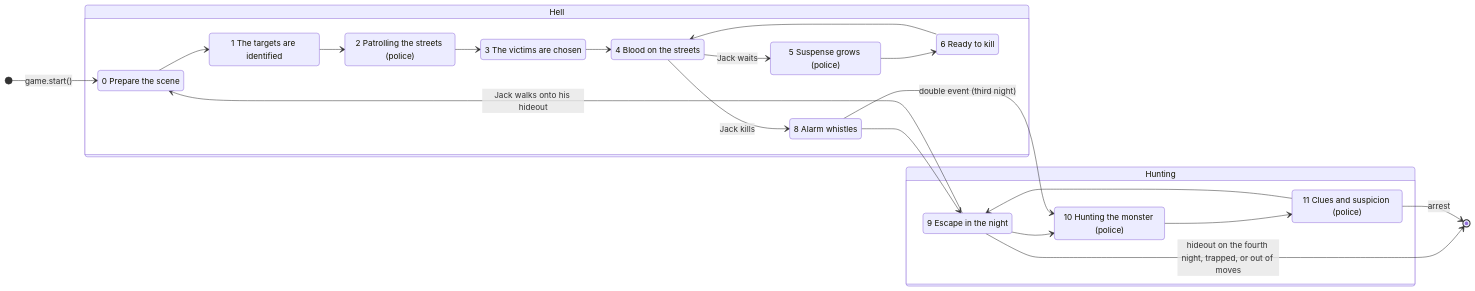
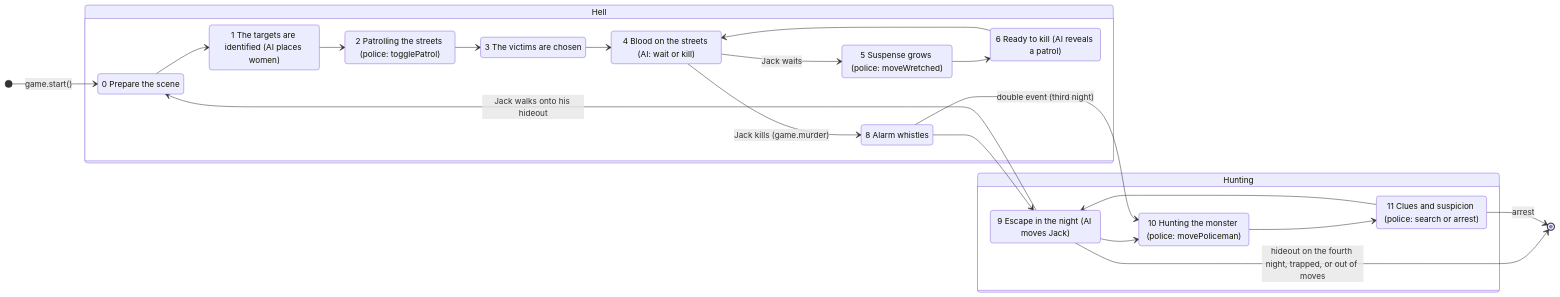
The second of 2 diagrams in docs/architecture.md (aceszhenwei/Letters-From-Whitechapel), drawn with Mermaid before and after one commit. The commit also changed other lines of this file and 9 other files, not shown here.

First line of the commit message:
Document the module architecture

````diff
--- a/docs/architecture.md
+++ b/docs/architecture.md
@@ -91,36 +92,36 @@
 ```mermaid
 stateDiagram-v2
     direction LR
     [*] --> Prepare: game.start()
     state "Hell" as hell {
         Prepare: 0 Prepare the scene
-        Targets: 1 The targets are identified
-        Patrol: 2 Patrolling the streets (police)
+        Targets: 1 The targets are identified (AI places women)
+        Patrol: 2 Patrolling the streets (police: togglePatrol)
         Victims: 3 The victims are chosen
-        Blood: 4 Blood on the streets
-        Suspense: 5 Suspense grows (police)
-        Ready: 6 Ready to kill
+        Blood: 4 Blood on the streets (AI: wait or kill)
+        Suspense: 5 Suspense grows (police: moveWretched)
+        Ready: 6 Ready to kill (AI reveals a patrol)
         Alarm: 8 Alarm whistles
         Prepare --> Targets
         Targets --> Patrol
         Patrol --> Victims
         Victims --> Blood
         Blood --> Suspense: Jack waits
         Suspense --> Ready
         Ready --> Blood
-        Blood --> Alarm: Jack kills
+        Blood --> Alarm: Jack kills (game.murder)
     }
     state "Hunting" as hunting {
-        Escape: 9 Escape in the night
-        Hunt: 10 Hunting the monster (police)
-        Clues: 11 Clues and suspicion (police)
+        Escape: 9 Escape in the night (AI moves Jack)
+        Hunt: 10 Hunting the monster (police: movePoliceman)
+        Clues: 11 Clues and suspicion (police: search or arrest)
         Escape --> Hunt
         Hunt --> Clues
         Clues --> Escape
     }
     Alarm --> Escape
     Alarm --> Hunt: double event (third night)
     Escape --> Prepare: Jack walks onto his hideout
     Escape --> [*]: hideout on the fourth night, trapped, or out of moves
     Clues --> [*]: arrest
 ```
````
